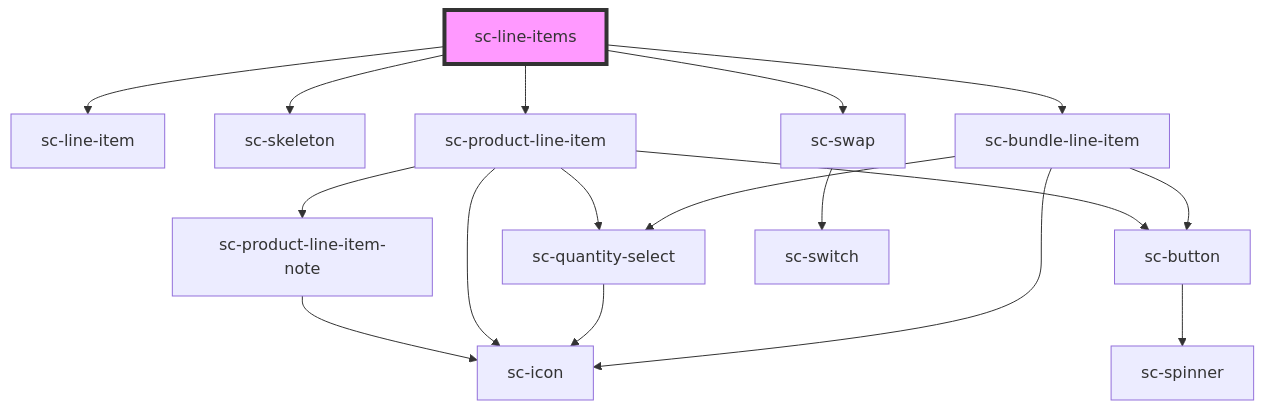
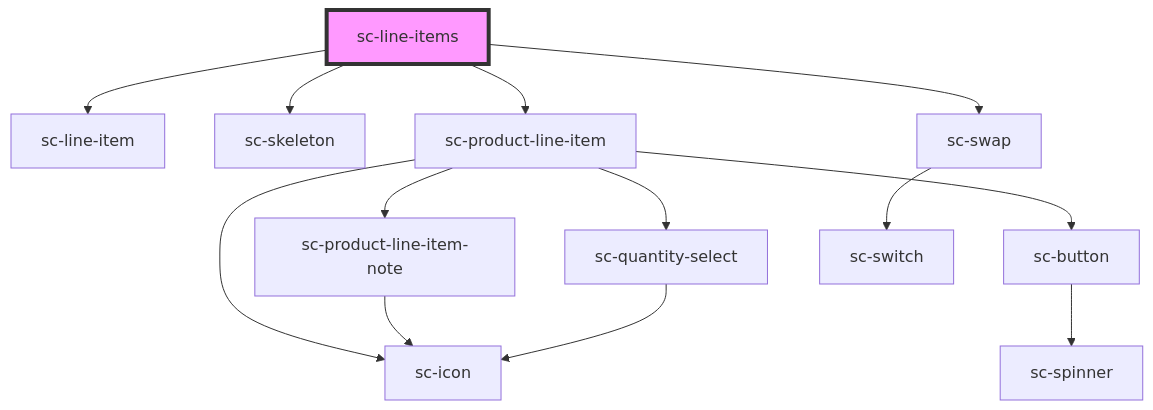
The diagram in packages/components/src/components/controllers/checkout-form/line-items/readme.md (surecart/surecart-wp-plugin), drawn with Mermaid before and after one commit. The commit also changed other lines of this file and 7 other files, not shown here.

````diff
--- a/packages/components/src/components/controllers/checkout-form/line-items/readme.md
+++ b/packages/components/src/components/controllers/checkout-form/line-items/readme.md
@@ -50,20 +49,16 @@
 ```mermaid
 graph TD;
   sc-line-items --> sc-line-item
   sc-line-items --> sc-skeleton
-  sc-line-items --> sc-bundle-line-item
   sc-line-items --> sc-product-line-item
   sc-line-items --> sc-swap
-  sc-bundle-line-item --> sc-quantity-select
-  sc-bundle-line-item --> sc-button
-  sc-bundle-line-item --> sc-icon
-  sc-quantity-select --> sc-icon
-  sc-button --> sc-spinner
   sc-product-line-item --> sc-product-line-item-note
   sc-product-line-item --> sc-quantity-select
   sc-product-line-item --> sc-button
   sc-product-line-item --> sc-icon
   sc-product-line-item-note --> sc-icon
+  sc-quantity-select --> sc-icon
+  sc-button --> sc-spinner
   sc-swap --> sc-switch
   style sc-line-items fill:#f9f,stroke:#333,stroke-width:4px
 ```
````
